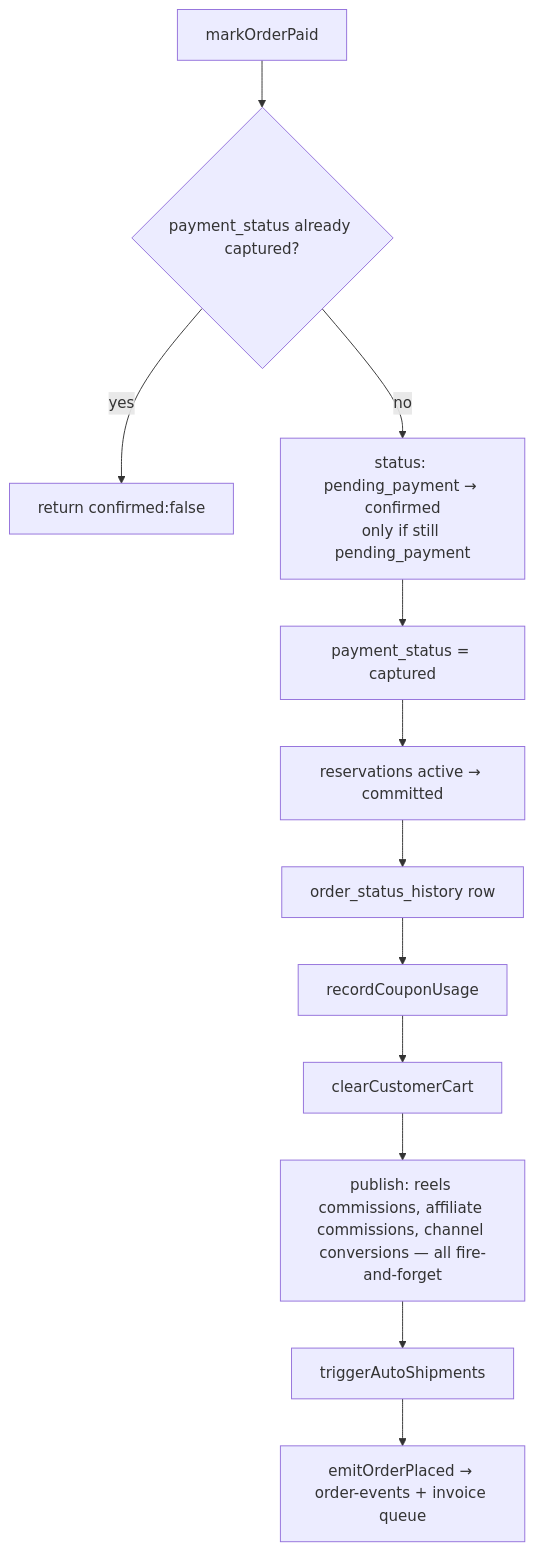
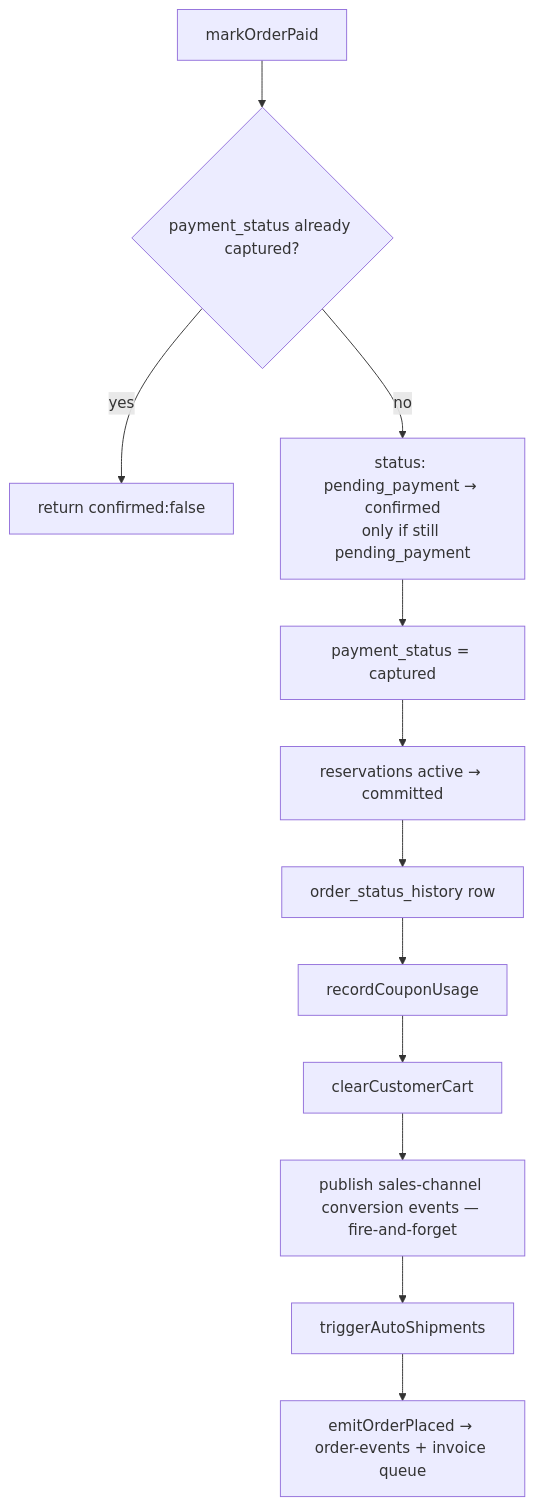
Before and after one commit to ismailfarisi/materialhub: the fifth of 5 diagrams in docs/backend/07-cart-and-checkout.md, drawn with Mermaid. The commit also changed other lines of this file and 107 other files, not shown here.

First line of the commit message:
Prune order-service, finish the schema and update the backend docs

````diff
--- a/docs/backend/07-cart-and-checkout.md
+++ b/docs/backend/07-cart-and-checkout.md
@@ -307,14 +271,14 @@
 ```mermaid
 flowchart TD
     A[markOrderPaid] --> B{payment_status already captured?}
     B -- yes --> C[return confirmed:false]
     B -- no --> D[status: pending_payment → confirmed<br/>only if still pending_payment]
     D --> E[payment_status = captured]
     E --> F[reservations active → committed]
     F --> G[order_status_history row]
     G --> H[recordCouponUsage]
     H --> I[clearCustomerCart]
-    I --> J[publish: reels commissions, affiliate commissions, channel conversions — all fire-and-forget]
+    I --> J[publish sales-channel conversion events — fire-and-forget]
     J --> K[triggerAutoShipments]
     K --> L[emitOrderPlaced → order-events + invoice queue]
 ```
````
